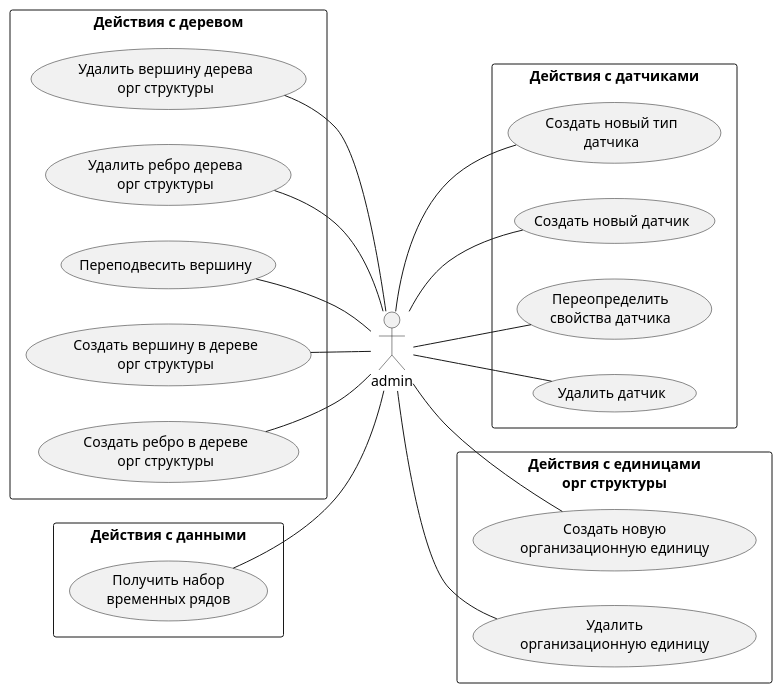
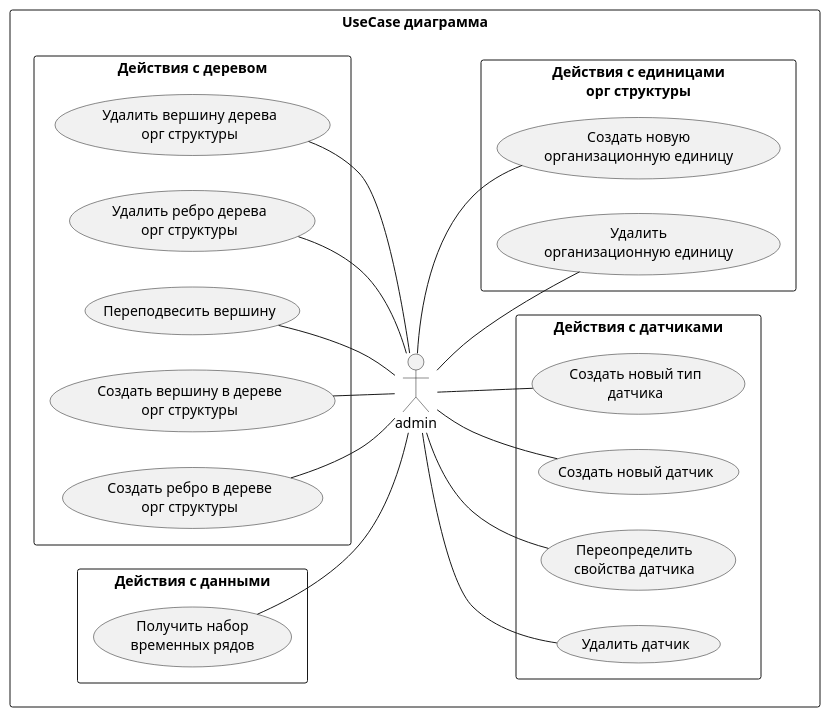
The diagram in usecases.md (EngineerXL/diploma), drawn with PlantUML before and after one commit. The commit also changed 16 other files, not shown here.

Commit message:
Внёс небольшие правки, добавил ER диаграмму

````diff
--- a/usecases.md
+++ b/usecases.md
@@ -3,33 +3,35 @@
 ```plantuml
 @startuml
 left to right direction
 skinparam packageStyle rect
 
-actor admin
+rectangle "UseCase диаграмма"{
+  actor admin
 
-rectangle "Действия с деревом" {
-  admin -up- (Создать ребро в дереве\nорг структуры)
-  admin -up- (Создать вершину в дереве\nорг структуры)
-  admin -up- (Переподвесить вершину)
-  admin -up- (Удалить ребро дерева\nорг структуры)
-  admin -up- (Удалить вершину дерева\nорг структуры)
-}
+  rectangle "Действия с деревом" {
+    admin -up- (Создать ребро в дереве\nорг структуры)
+    admin -up- (Создать вершину в дереве\nорг структуры)
+    admin -up- (Переподвесить вершину)
+    admin -up- (Удалить ребро дерева\nорг структуры)
+    admin -up- (Удалить вершину дерева\nорг структуры)
+  }
 
-rectangle "Действия с данными" {
-  admin -up- (Получить набор\nвременных рядов)
-}
+  rectangle "Действия с данными" {
+    admin -up- (Получить набор\nвременных рядов)
+  }
 
-rectangle "Действия с датчиками" {
-  admin -down- (Создать новый тип\nдатчика)
-  admin -down- (Создать новый датчик)
-  admin -down- (Переопределить\nсвойства датчика)
-  admin -down- (Удалить датчик)
-}
+  rectangle "Действия с датчиками" {
+    admin -down- (Создать новый тип\nдатчика)
+    admin -down- (Создать новый датчик)
+    admin -down- (Переопределить\nсвойства датчика)
+    admin -down- (Удалить датчик)
+  }
 
-rectangle "Действия с единицами\nорг структуры" {
-  admin -down- (Создать новую\nорганизационную единицу)
-  admin -down- (Удалить\nорганизационную единицу)
+  rectangle "Действия с единицами\nорг структуры" {
+    admin -down- (Создать новую\nорганизационную единицу)
+    admin -down- (Удалить\nорганизационную единицу)
+  }
 }
 
 @enduml
 ```
````
